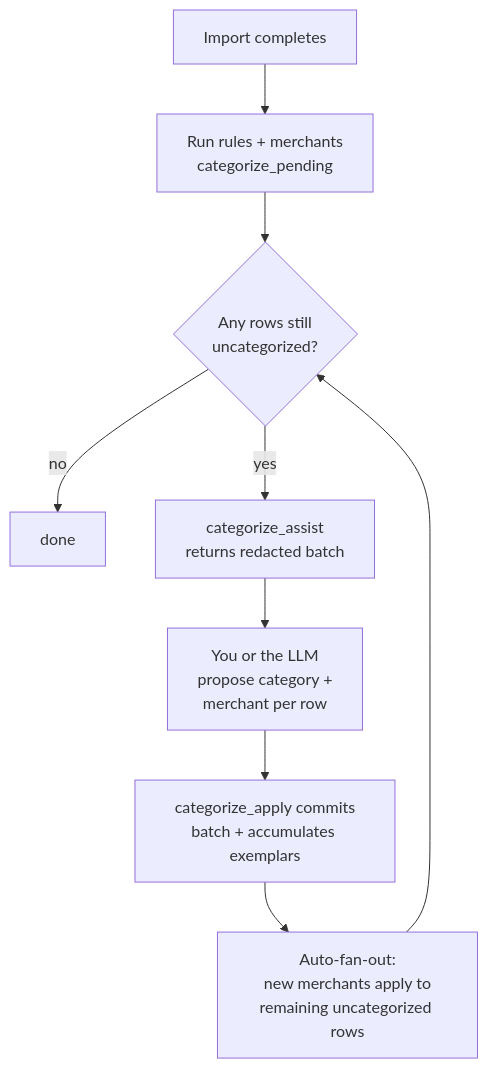
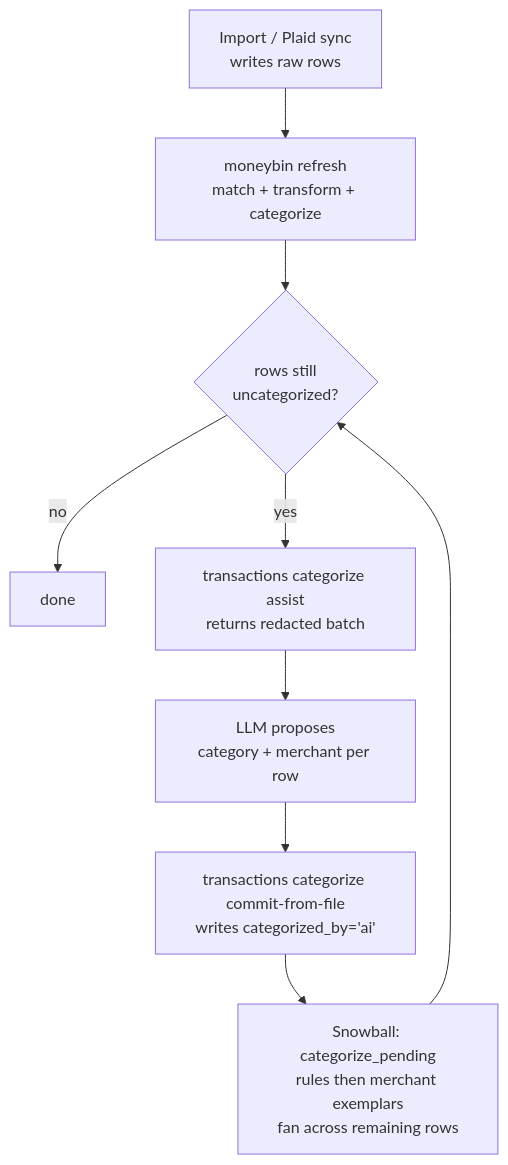
One commit to bsaffel/moneybin changed the diagram in docs/guides/categorization.md. Above: the diagram before and after it, drawn with Mermaid. The commit also changed other lines of this file and 33 other files, not shown here.

````diff
--- a/docs/guides/categorization.md
+++ b/docs/guides/categorization.md
@@ -7,11 +40,11 @@
 ```mermaid
 flowchart TD
-    A[Import completes] --> B[Run rules + merchants<br/>categorize_pending]
-    B --> C{Any rows still<br/>uncategorized?}
+    A[Import / Plaid sync<br/>writes raw rows] --> B[moneybin refresh<br/>match + transform + categorize]
+    B --> C{rows still<br/>uncategorized?}
     C -->|no| END[done]
-    C -->|yes| D[categorize_assist<br/>returns redacted batch]
-    D --> E[You or the LLM<br/>propose category +<br/>merchant per row]
-    E --> F[categorize_apply commits<br/>batch + accumulates exemplars]
-    F --> G[Auto-fan-out:<br/>new merchants apply to<br/>remaining uncategorized rows]
+    C -->|yes| D[transactions categorize assist<br/>returns redacted batch]
+    D --> E[LLM proposes<br/>category + merchant per row]
+    E --> F[transactions categorize commit-from-file<br/>writes categorized_by='ai']
+    F --> G[Snowball: categorize_pending<br/>rules then merchant exemplars<br/>fan across remaining rows]
     G --> C
 ```
````
